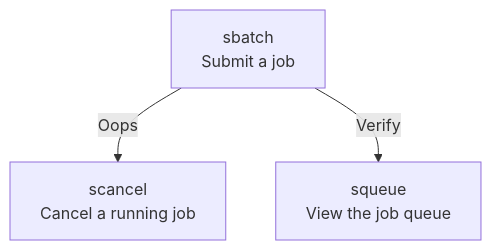
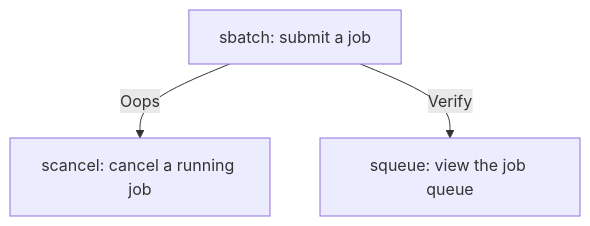
Before and after one commit to UPPMAX/uppmax_intro_day_1: the diagram in docs/sessions/job_scheduler.md, drawn with Mermaid. The commit also changed 5 other files, not shown here.

````diff
--- a/docs/sessions/job_scheduler.md
+++ b/docs/sessions/job_scheduler.md
@@ -60,8 +60,8 @@
 ```mermaid
 flowchart TD
-  sbatch[sbatch\nSubmit a job]
-  scancel[scancel\nCancel a running job]
-  squeue[squeue\nView the job queue]
+  sbatch[sbatch: submit a job]
+  scancel[scancel: cancel a running job]
+  squeue[squeue: view the job queue]
   sbatch --> |Oops| scancel
   sbatch --> |Verify| squeue
 ```
````
